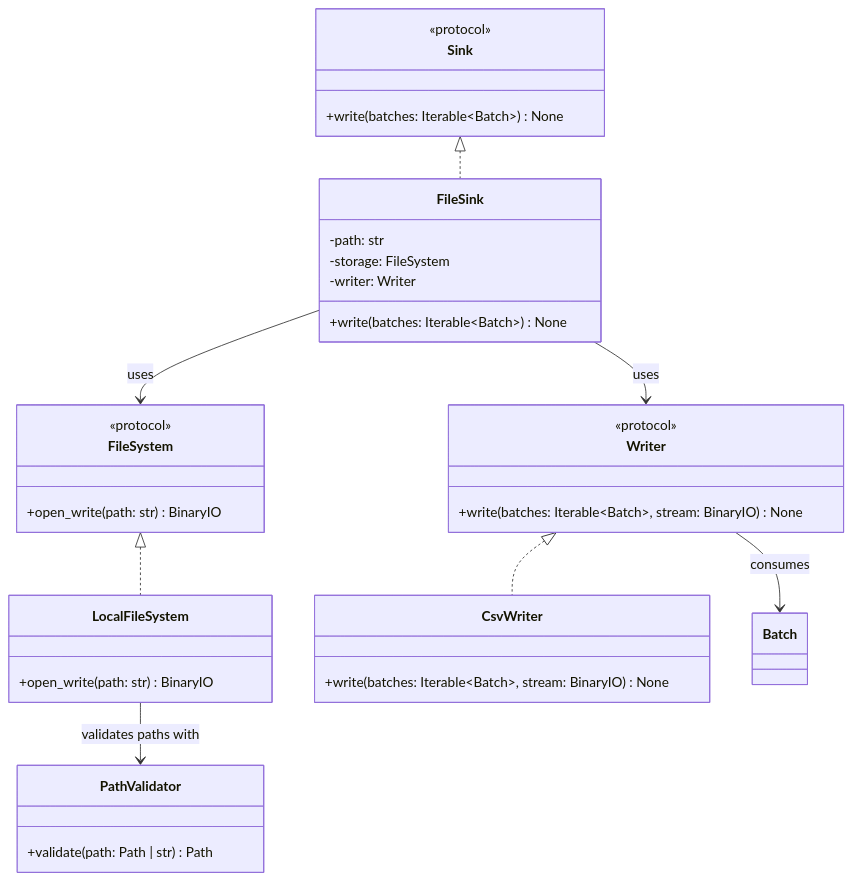
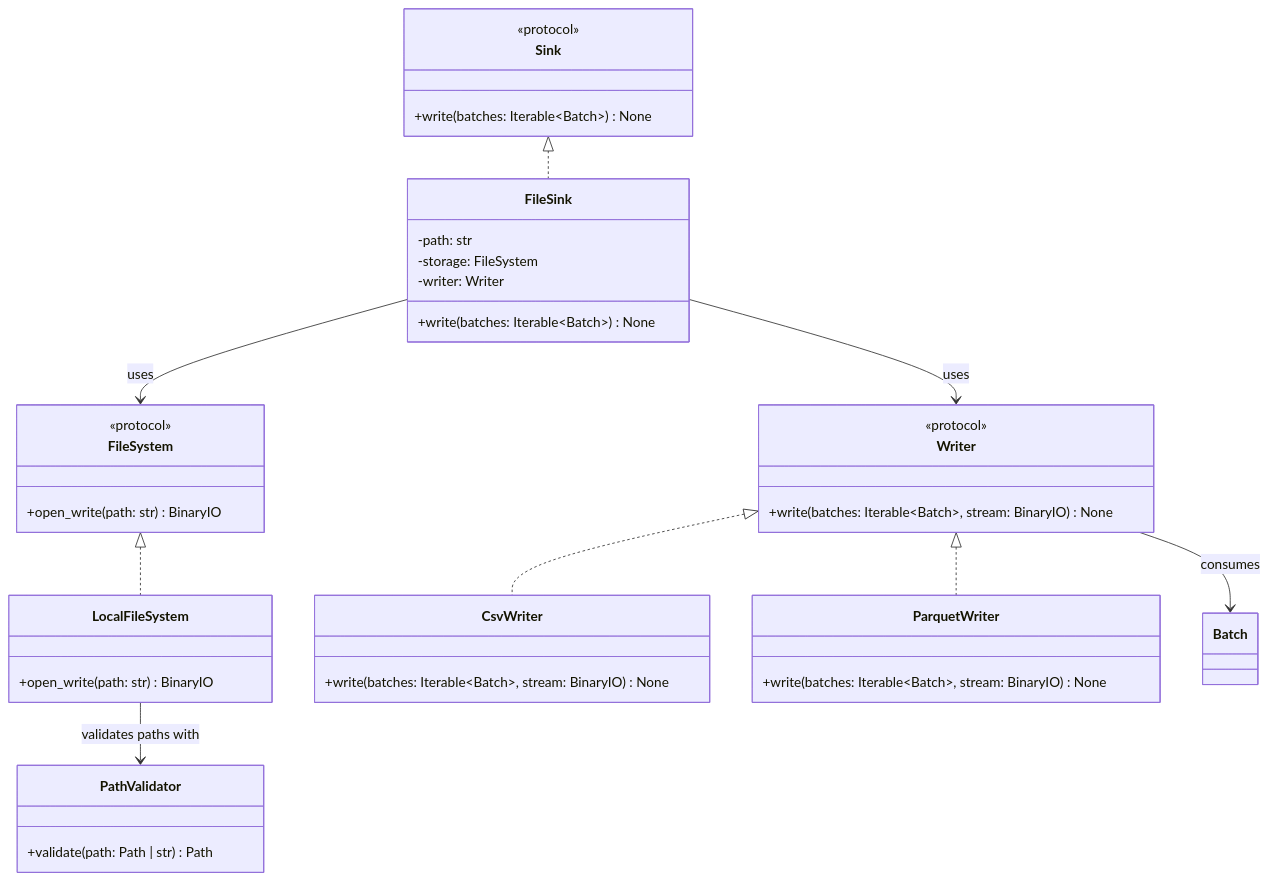
Before and after one commit to apaquette/ETLRelay: the diagram in docs/architecture/file_sink.md, drawn with Mermaid. The commit also changed other lines of this file and 38 other files, not shown here.

````diff
--- a/docs/architecture/file_sink.md
+++ b/docs/architecture/file_sink.md
@@ -16,49 +16,54 @@
 ```mermaid
 classDiagram
     class Sink {
         <<protocol>>
         +write(batches: Iterable~Batch~) None
     }
 
     class FileSink {
         -path: str
         -storage: FileSystem
         -writer: Writer
         +write(batches: Iterable~Batch~) None
     }
 
     class FileSystem {
         <<protocol>>
         +open_write(path: str) BinaryIO
     }
 
     class Writer {
         <<protocol>>
         +write(batches: Iterable~Batch~, stream: BinaryIO) None
     }
 
     class LocalFileSystem {
         +open_write(path: str) BinaryIO
     }
 
     class CsvWriter {
         +write(batches: Iterable~Batch~, stream: BinaryIO) None
     }
 
+    class ParquetWriter {
+        +write(batches: Iterable~Batch~, stream: BinaryIO) None
+    }
+
     class PathValidator {
         +validate(path: Path | str) Path
     }
 
     class Batch
 
     Sink <|.. FileSink
     FileSystem <|.. LocalFileSystem
     Writer <|.. CsvWriter
+    Writer <|.. ParquetWriter
 
     FileSink --> FileSystem : uses
     FileSink --> Writer : uses
 
     LocalFileSystem --> PathValidator : validates paths with
 
     Writer --> Batch : consumes
 ```
````
